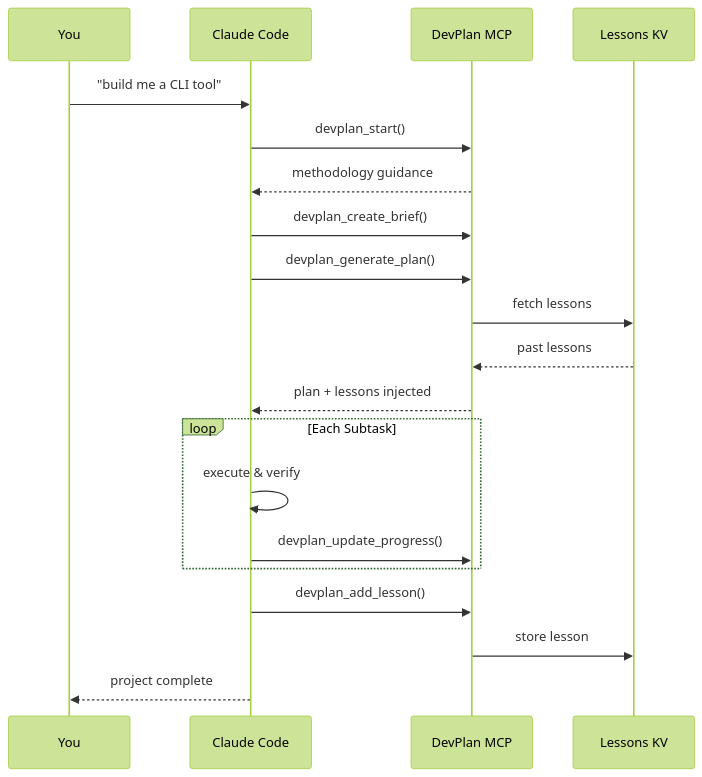
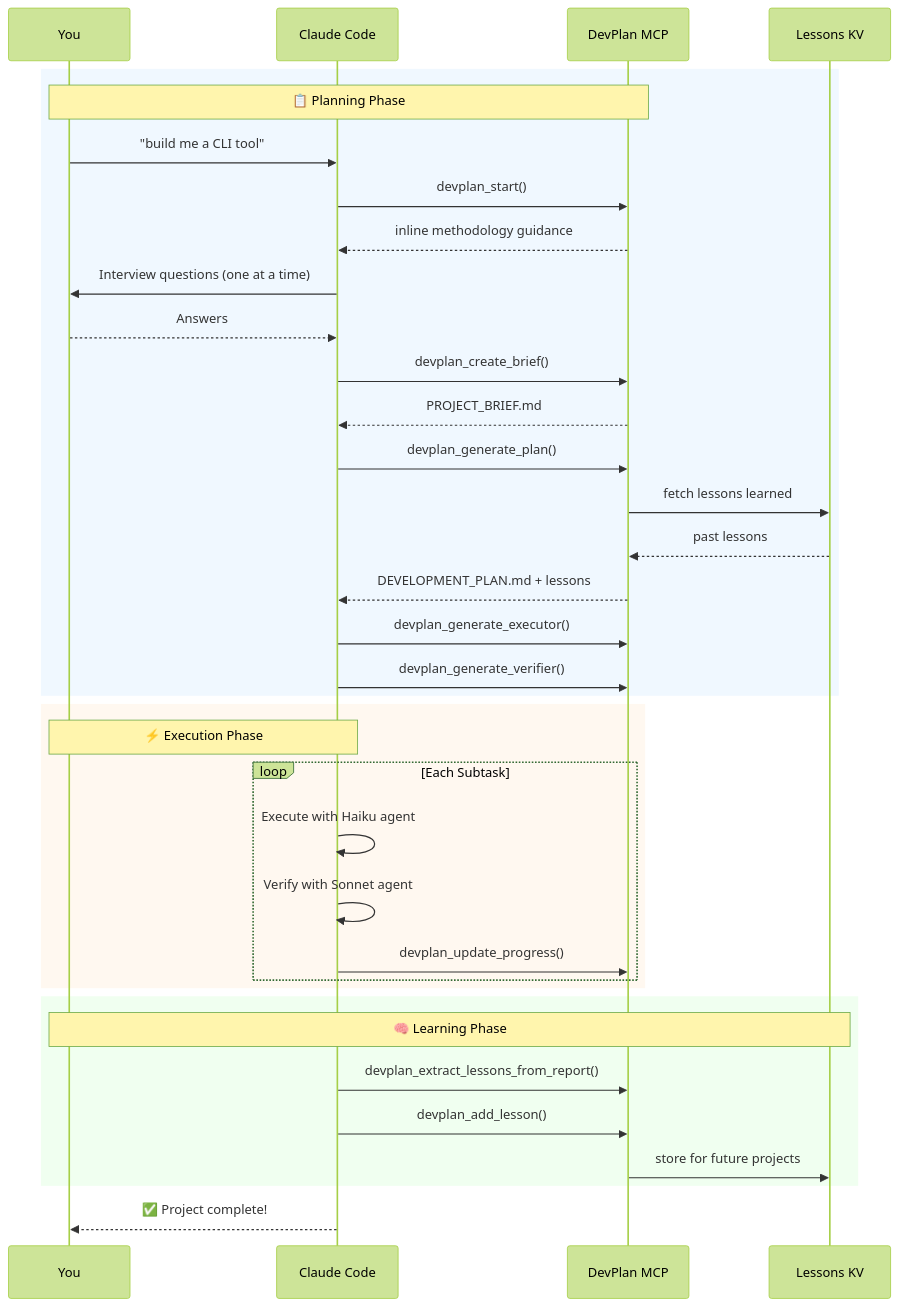
One commit to mmorris35/devplan-mcp-server changed the second of 6 diagrams in README.md. Above: the diagram before and after it, drawn with Mermaid (forest theme). The commit also changed other lines of this file, not shown here.

First line of the commit message:
docs: enhance README with new features and Mermaid diagrams

````diff
--- a/README.md
+++ b/README.md
@@ -55,25 +80,42 @@
 ```mermaid
 sequenceDiagram
     participant You
     participant Claude as Claude Code
     participant MCP as DevPlan MCP
     participant KV as Lessons KV
 
-    You->>Claude: "build me a CLI tool"
-    Claude->>MCP: devplan_start()
-    MCP-->>Claude: methodology guidance
-    Claude->>MCP: devplan_create_brief()
-    Claude->>MCP: devplan_generate_plan()
-    MCP->>KV: fetch lessons
-    KV-->>MCP: past lessons
-    MCP-->>Claude: plan + lessons injected
-
-    loop Each Subtask
-        Claude->>Claude: execute & verify
-        Claude->>MCP: devplan_update_progress()
+    rect rgb(240, 248, 255)
+        Note over You,MCP: 📋 Planning Phase
+        You->>Claude: "build me a CLI tool"
+        Claude->>MCP: devplan_start()
+        MCP-->>Claude: inline methodology guidance
+        Claude->>You: Interview questions (one at a time)
+        You-->>Claude: Answers
+        Claude->>MCP: devplan_create_brief()
+        MCP-->>Claude: PROJECT_BRIEF.md
+        Claude->>MCP: devplan_generate_plan()
+        MCP->>KV: fetch lessons learned
+        KV-->>MCP: past lessons
+        MCP-->>Claude: DEVELOPMENT_PLAN.md + lessons
+        Claude->>MCP: devplan_generate_executor()
+        Claude->>MCP: devplan_generate_verifier()
     end
 
-    Claude->>MCP: devplan_add_lesson()
-    MCP->>KV: store lesson
-    Claude-->>You: project complete
+    rect rgb(255, 248, 240)
+        Note over You,Claude: ⚡ Execution Phase
+        loop Each Subtask
+            Claude->>Claude: Execute with Haiku agent
+            Claude->>Claude: Verify with Sonnet agent
+            Claude->>MCP: devplan_update_progress()
+        end
+    end
+
+    rect rgb(240, 255, 240)
+        Note over You,KV: 🧠 Learning Phase
+        Claude->>MCP: devplan_extract_lessons_from_report()
+        Claude->>MCP: devplan_add_lesson()
+        MCP->>KV: store for future projects
+    end
+
+    Claude-->>You: ✅ Project complete!
 ```
````
